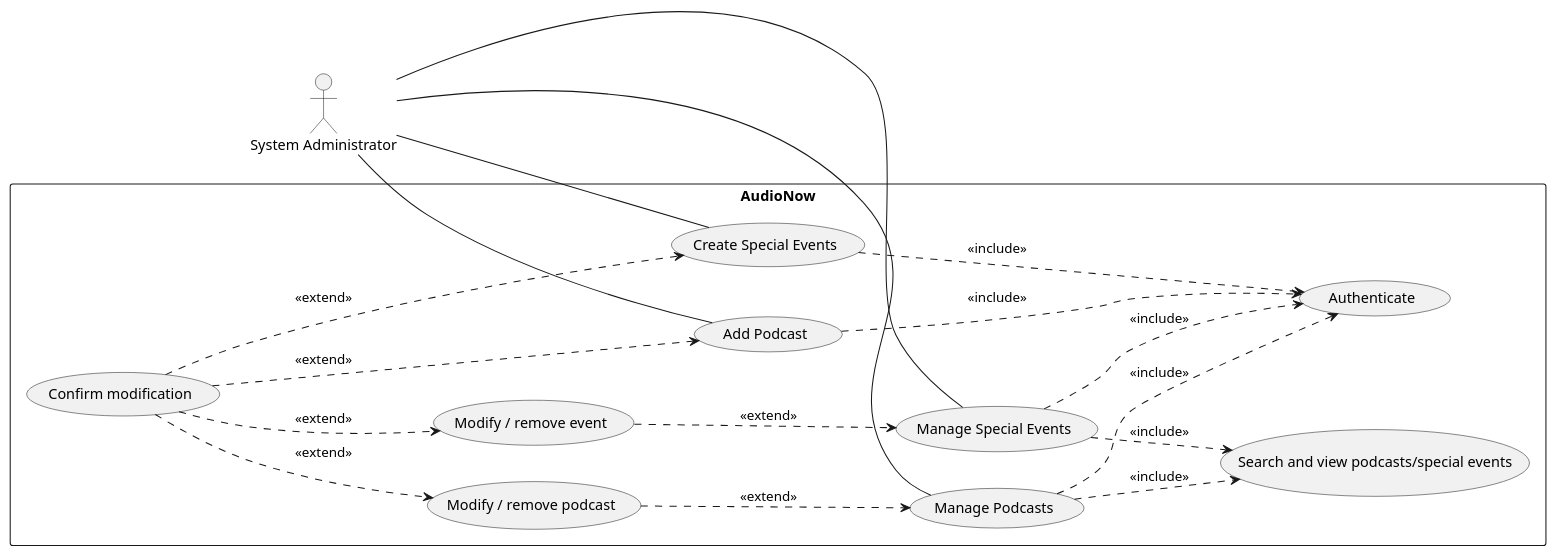
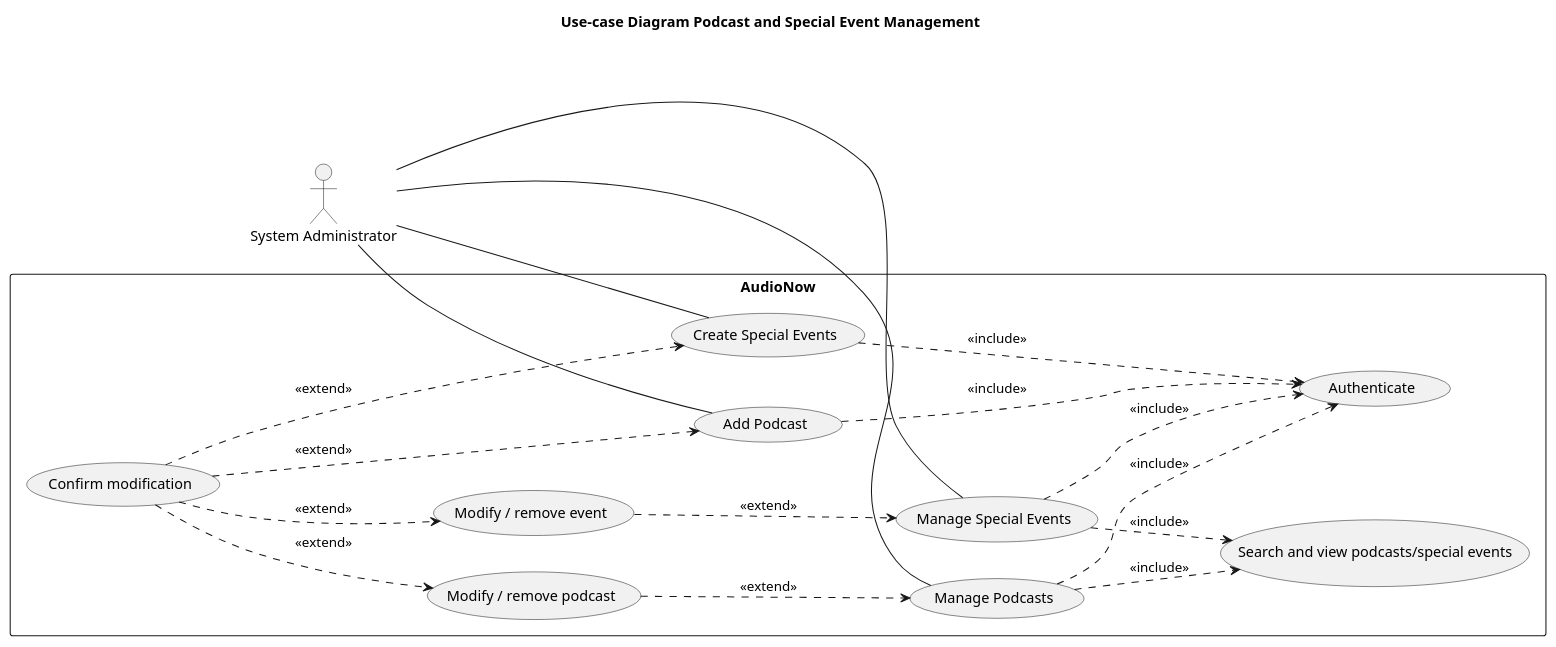
The diagram in PodcastEventManagement/usecase.puml (Dorfultariant/semm-diagrams), drawn with PlantUML before and after one commit. The commit also changed 11 other files, not shown here.

Commit message:
Add title usage report diagrams and podcasteventmanagement diagrams

```diff
--- a/PodcastEventManagement/usecase.puml
+++ b/PodcastEventManagement/usecase.puml
@@ -1,38 +1,41 @@
 @startuml
+
+title Use-case Diagram Podcast and Special Event Management
+
 left to right direction
 
 actor "System Administrator" as Admin
 
 rectangle AudioNow {
   usecase "Authenticate" as Auth
   usecase "Manage Podcasts" as ManageP
   usecase "Manage Special Events" as ManageE
   usecase "Add Podcast" as AddP
   usecase "Create Special Events" as AddE
   usecase "Search and view podcasts/special events" as Search
   usecase "Modify / remove podcast" as CRUDp
   usecase "Modify / remove event" as CRUDe
   usecase "Confirm modification" as Confirm
 }
 
 Admin -- ManageP
 Admin -- ManageE
 Admin -- AddP
 Admin -- AddE
 
 AddP ..> Auth : <<include>>
 AddE ..> Auth : <<include>>
 
 ManageP ..> Auth : <<include>>
 ManageE ..> Auth : <<include>>
 ManageP ..> Search : <<include>>
 ManageE ..> Search : <<include>>
 
 CRUDp ..> ManageP : <<extend>>
 CRUDe ..> ManageE : <<extend>>
 
 Confirm ..> CRUDp : <<extend>>
 Confirm ..> CRUDe : <<extend>>
 Confirm ..> AddP : <<extend>>
 Confirm ..> AddE : <<extend>>
 @enduml
```
